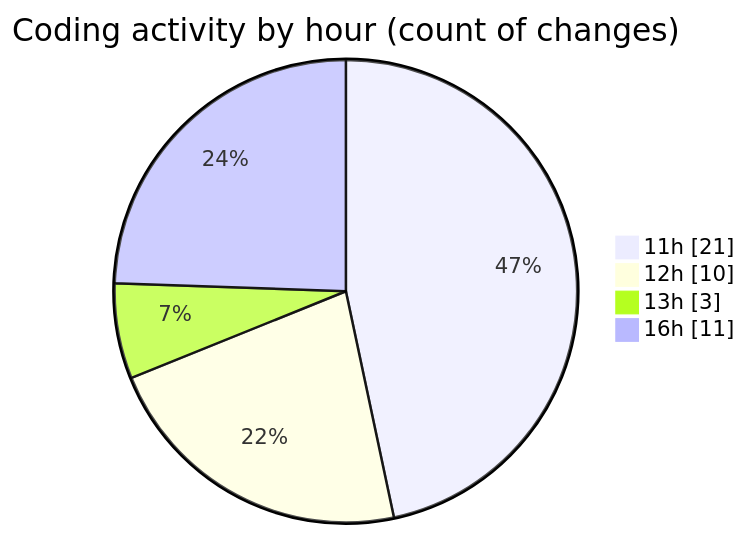
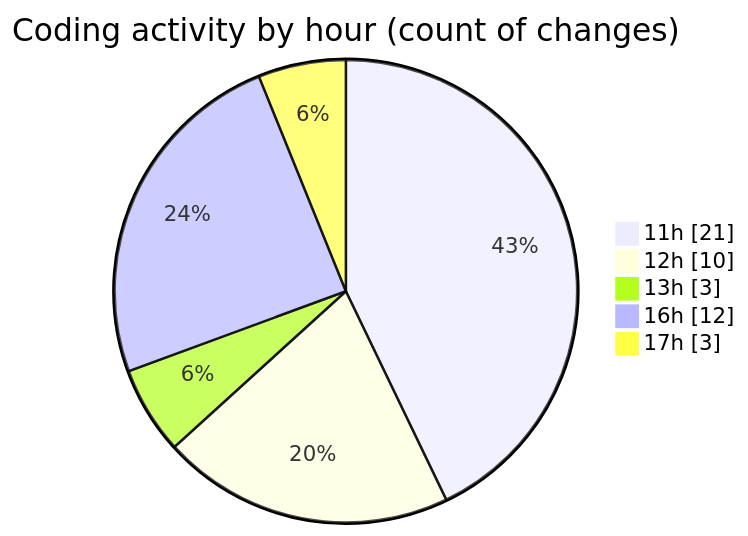
Before and after one commit to momahboobian/code-tracking: the second of 2 diagrams in 2026-01-13/cda/README.md, drawn with Mermaid. The commit also changed other lines of this file and 1 other file, not shown here.

````diff
--- a/2026-01-13/cda/README.md
+++ b/2026-01-13/cda/README.md
@@ -38,8 +38,9 @@
 ```mermaid
 pie showData
 title Coding activity by hour (count of changes)
 "11h" : 21
 "12h" : 10
 "13h" : 3
-"16h" : 11
+"16h" : 12
+"17h" : 3
 ```
````
